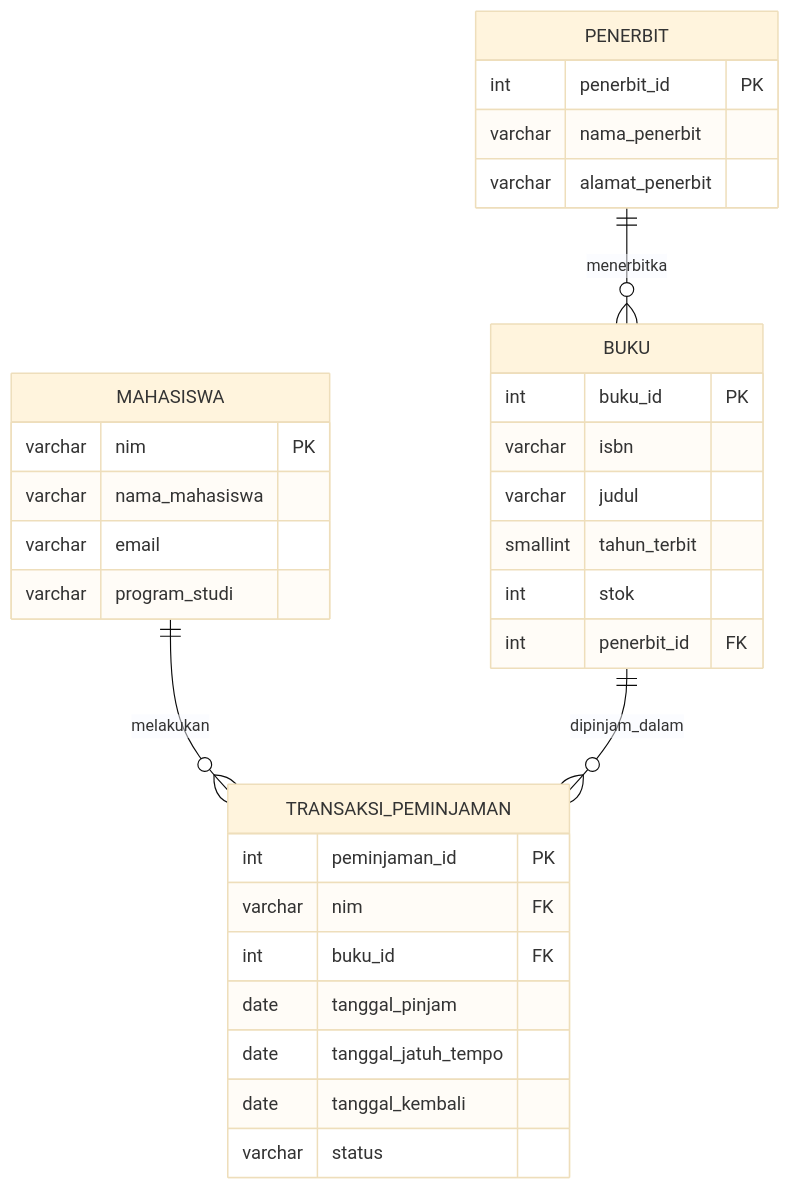
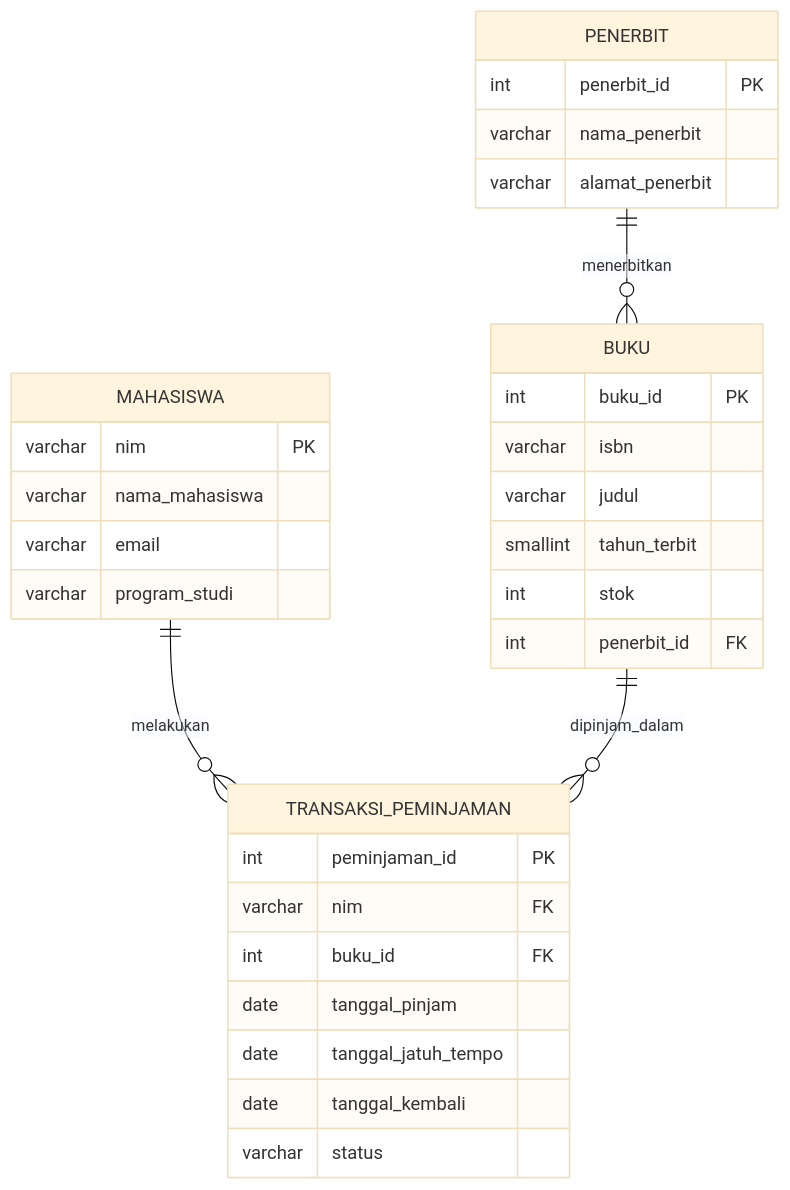
Before and after one commit to andirosiqah/pemrograman-web-kelas_B-D121241030: the diagram in Tugas 6/06-tugas-pemodelan-database.md, drawn with Mermaid (base theme).

Commit message:
Selesaikan tugas mandiri modul 6

````diff
--- a/Tugas 6/06-tugas-pemodelan-database.md
+++ b/Tugas 6/06-tugas-pemodelan-database.md
@@ -262,38 +262,38 @@
 ```mermaid
 erDiagram
     MAHASISWA ||--o{ TRANSAKSI_PEMINJAMAN : melakukan
     BUKU ||--o{ TRANSAKSI_PEMINJAMAN : dipinjam_dalam
-    PENERBIT ||--o{ BUKU : menerbitka
+    PENERBIT ||--o{ BUKU : menerbitkan
 
     MAHASISWA {
         varchar nim PK
         varchar nama_mahasiswa
         varchar email
         varchar program_studi
     }
 
     PENERBIT {
         int penerbit_id PK
         varchar nama_penerbit
         varchar alamat_penerbit
     }
 
     BUKU {
         int buku_id PK
         varchar isbn
         varchar judul
         smallint tahun_terbit
         int stok
         int penerbit_id FK
     }
 
     TRANSAKSI_PEMINJAMAN {
         int peminjaman_id PK
         varchar nim FK
         int buku_id FK
         date tanggal_pinjam
         date tanggal_jatuh_tempo
         date tanggal_kembali
         varchar status
     }
 ```
````
